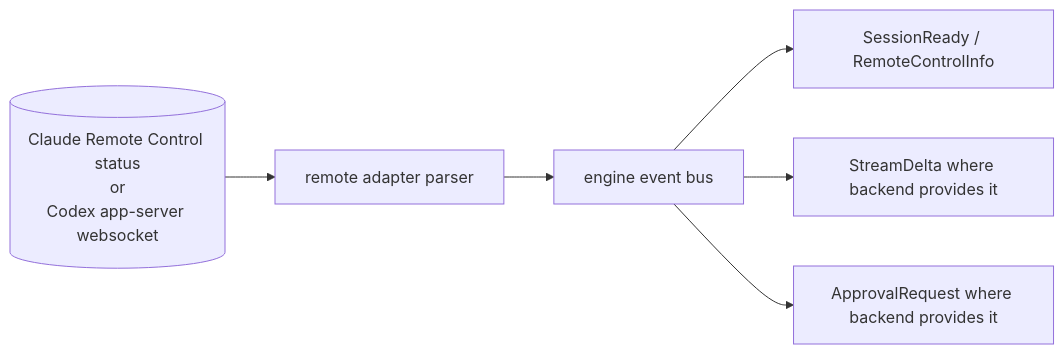
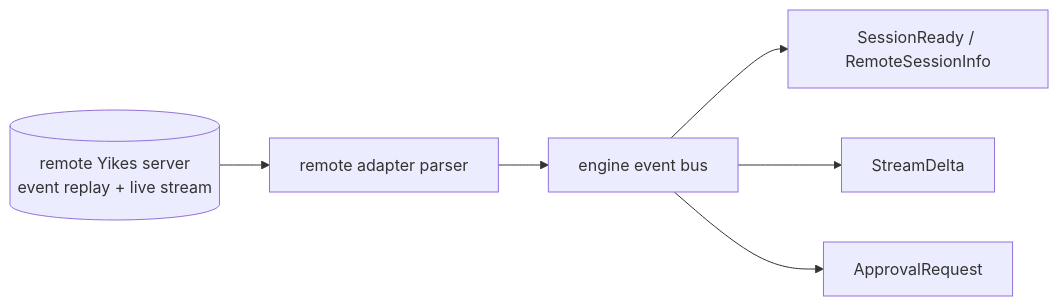
The third of 4 diagrams in docs/streaming.md (Alyxion/yikes), drawn with Mermaid before and after one commit. The commit also changed other lines of this file and 40 other files, not shown here.

````diff
--- a/docs/streaming.md
+++ b/docs/streaming.md
@@ -88,8 +88,8 @@
 ```mermaid
 flowchart LR
-    src[("Claude Remote Control status<br/>or<br/>Codex app-server websocket")] --> parse[remote adapter parser]
+    src[("remote Yikes server<br/>event replay + live stream")] --> parse[remote adapter parser]
     parse --> evbus[engine event bus]
-    evbus --> status["SessionReady / RemoteControlInfo"]
-    evbus --> stream["StreamDelta where backend provides it"]
-    evbus --> approval["ApprovalRequest where backend provides it"]
+    evbus --> status["SessionReady / RemoteSessionInfo"]
+    evbus --> stream["StreamDelta"]
+    evbus --> approval["ApprovalRequest"]
 ```
````
